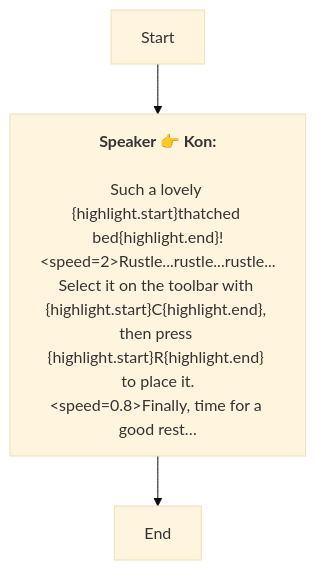
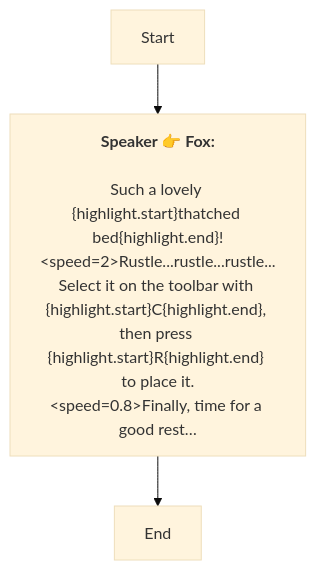
The diagram in En/QuestStartTalkENode_1741804102115683.md (SoftHu/tos_avg), drawn with Mermaid (base theme) before and after one commit. The commit also changed 737 other files, not shown here.

````diff
--- a/En/QuestStartTalkENode_1741804102115683.md
+++ b/En/QuestStartTalkENode_1741804102115683.md
@@ -1,11 +1,8 @@
 ```mermaid
 graph
-Start -->1741804137167206[<b>Speaker 👉 Kon:</b>
-
-Such a lovely &lbrace;highlight.start&rbrace;thatched bed&lbrace;highlight.end&rbrace;!
-&lt;speed=2&gt;Rustle...rustle...rustle...
-Select it on the toolbar with &lbrace;highlight.start&rbrace;C&lbrace;highlight.end&rbrace;, then press &lbrace;highlight.start&rbrace;R&lbrace;highlight.end&rbrace; to place it.
-&lt;speed=0.8&gt;Finally, time for a good rest…]
+Start -->1741804137167206[<b>Speaker 👉 Fox:</b>
+\nSuch a lovely &lbrace;highlight.start&rbrace;thatched bed&lbrace;highlight.end&rbrace;!
+&lt;speed=2&gt;Rustle...rustle...rustle...\nSelect it on the toolbar with &lbrace;highlight.start&rbrace;C&lbrace;highlight.end&rbrace;, then press &lbrace;highlight.start&rbrace;R&lbrace;highlight.end&rbrace; to place it.\n&lt;speed=0.8&gt;Finally, time for a good rest…]
 1741804137167206 -->1741804234604903[End]
 
- ```
+```
````
